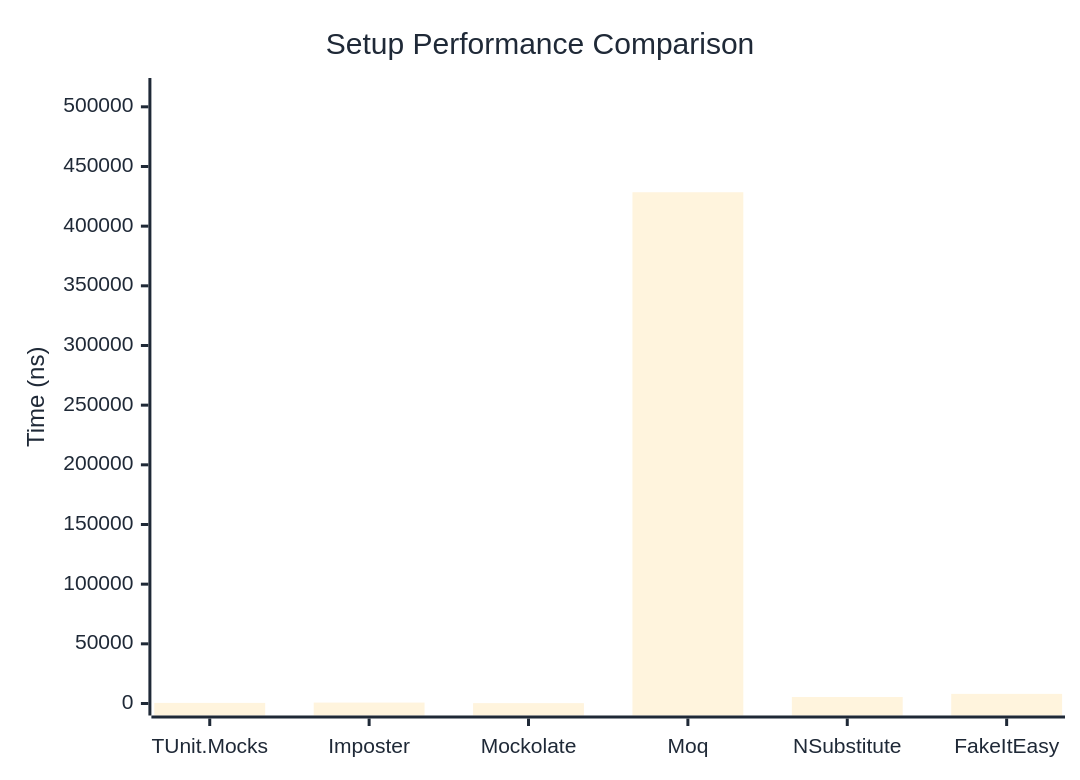
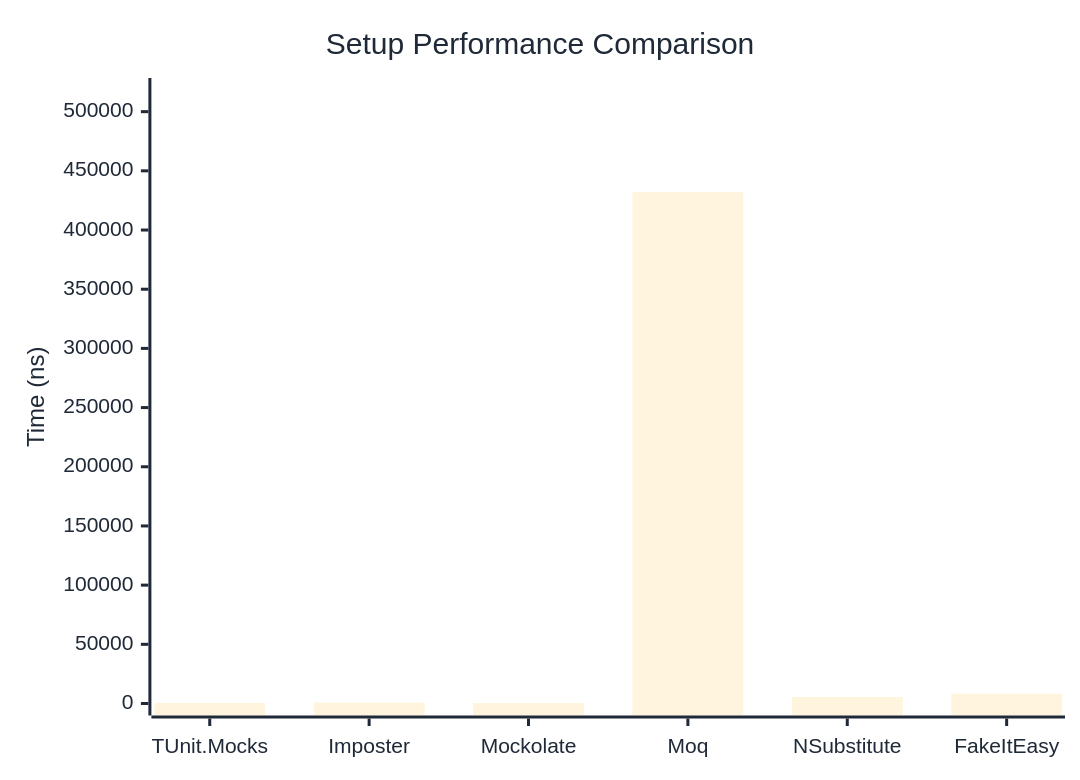
One commit to thomhurst/TUnit changed the first of 2 diagrams in docs/docs/benchmarks/mocks/Setup.md. Above: the diagram before and after it, drawn with Mermaid. The commit also changed other lines of this file and 14 other files, not shown here.

````diff
--- a/docs/docs/benchmarks/mocks/Setup.md
+++ b/docs/docs/benchmarks/mocks/Setup.md
@@ -30,27 +30,27 @@
 ```mermaid
 %%{init: {
   'theme':'base',
   'themeVariables': {
     'primaryColor': '#2563eb',
     'primaryTextColor': '#1f2937',
     'primaryBorderColor': '#1e40af',
     'lineColor': '#6b7280',
     'secondaryColor': '#7c3aed',
     'tertiaryColor': '#dc2626',
     'background': '#ffffff',
     'pie1': '#2563eb',
     'pie2': '#7c3aed',
     'pie3': '#dc2626',
     'pie4': '#f59e0b',
     'pie5': '#10b981',
     'pie6': '#06b6d4',
     'pie7': '#ec4899',
     'pie8': '#6366f1'
   }
 }}%%
 xychart-beta
   title "Setup Performance Comparison"
   x-axis ["TUnit.Mocks", "Imposter", "Mockolate", "Moq", "NSubstitute", "FakeItEasy"]
-  y-axis "Time (ns)" 0 --> 514091
-  bar [511.8, 765, 297.9, 428408.5, 5465.5, 8063.7]
+  y-axis "Time (ns)" 0 --> 518302
+  bar [540.2, 808.7, 306.9, 431918, 5530.8, 8288.1]
 ```
````
